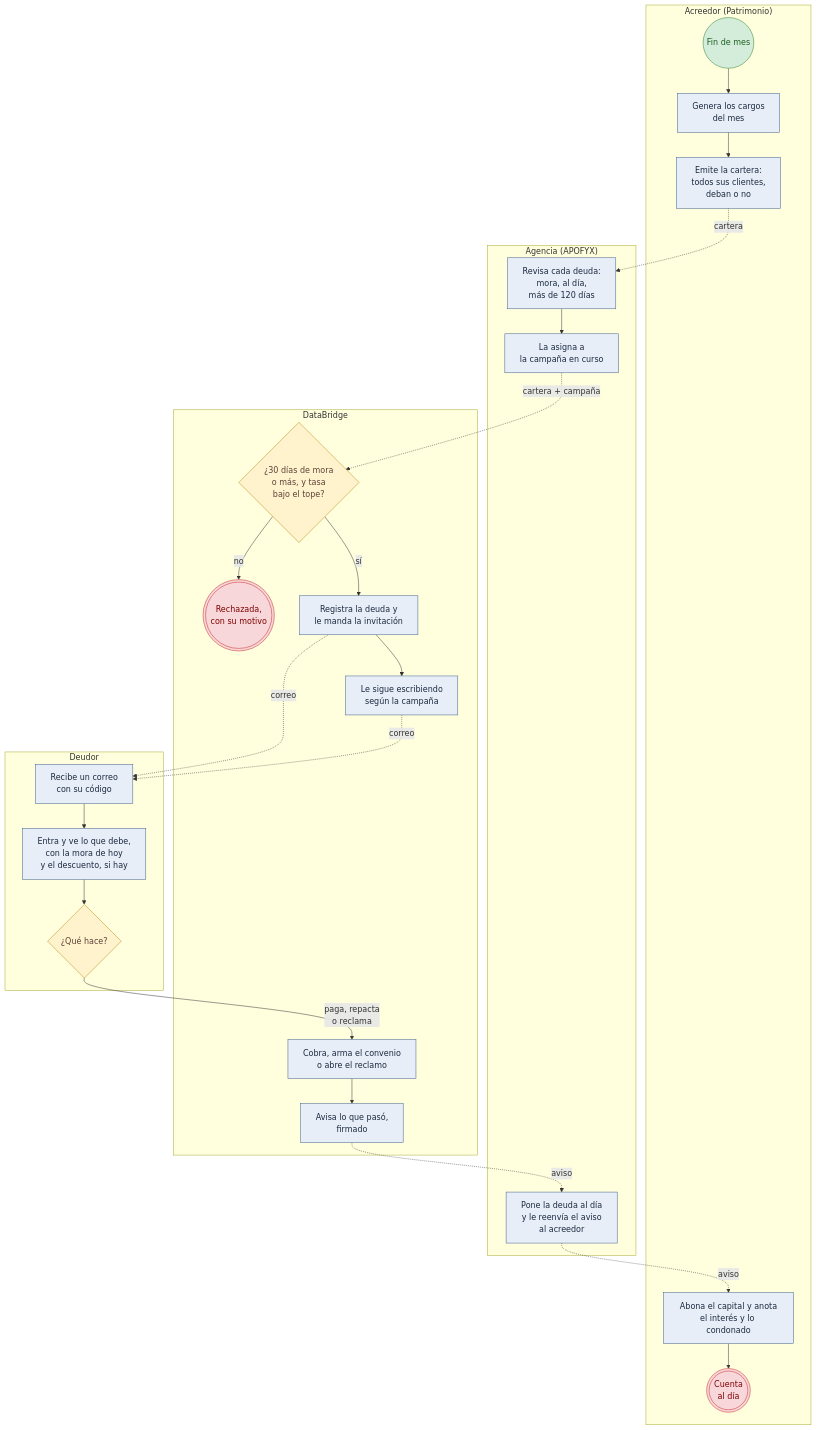
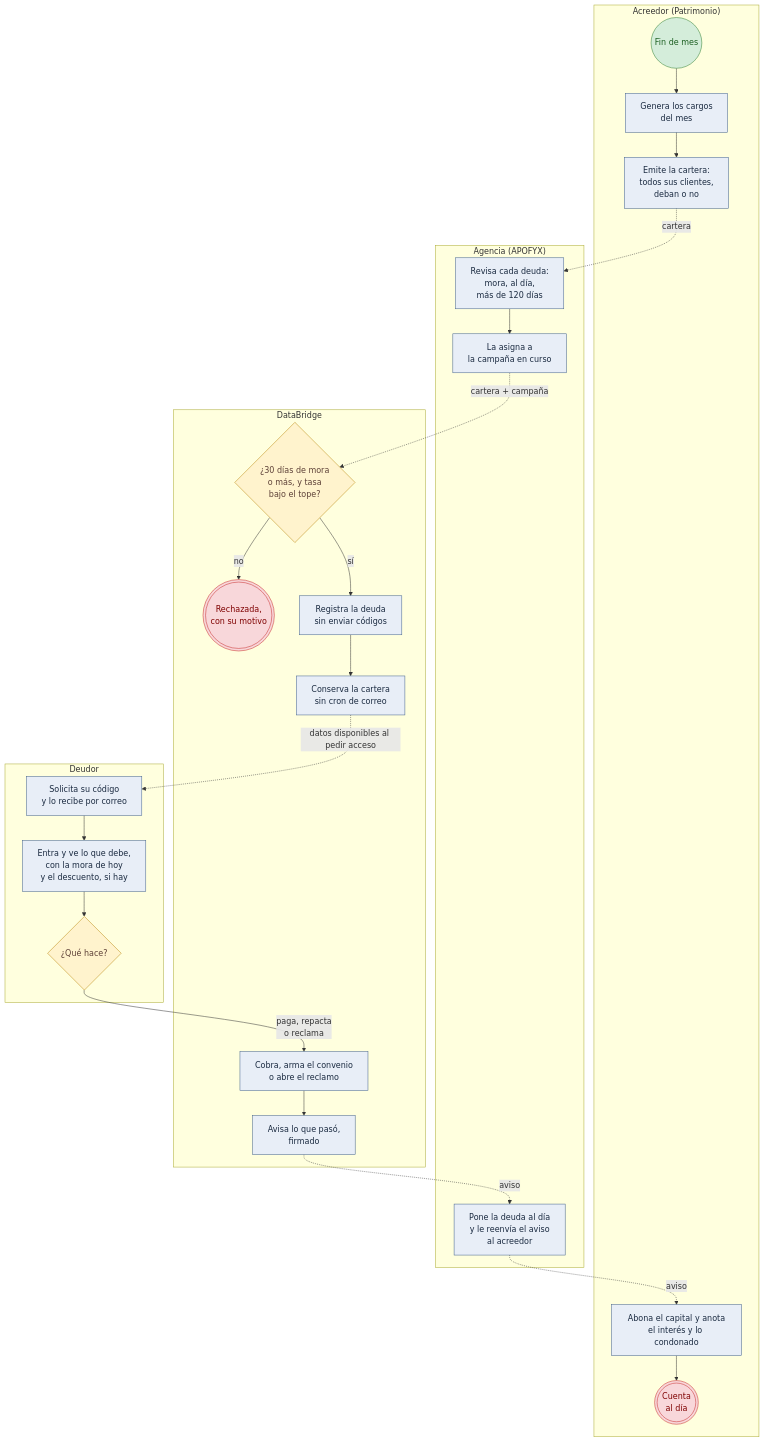
The first of 4 diagrams in docs/diagramas/procesos.md (TechnicalBridge/DataBridge), drawn with Mermaid before and after one commit. The commit also changed other lines of this file and 63 other files, not shown here.

````diff
--- a/docs/diagramas/procesos.md
+++ b/docs/diagramas/procesos.md
@@ -20,36 +20,35 @@
 ```mermaid
 flowchart TB
     classDef inicio fill:#d4edda,stroke:#2e7d32,color:#1b5e20
     classDef fin fill:#f8d7da,stroke:#c62828,color:#7f0000
     classDef decision fill:#fff3cd,stroke:#b8860b,color:#5d4037
     classDef tarea fill:#e8eef7,stroke:#3f5f8a,color:#1a2a40
 
     subgraph PAT["Acreedor (Patrimonio)"]
         P0(("Fin de mes")):::inicio --> P1["Genera los cargos<br/>del mes"]:::tarea --> P2["Emite la cartera:<br/>todos sus clientes,<br/>deban o no"]:::tarea
         P9["Abona el capital y anota<br/>el interés y lo condonado"]:::tarea --> P10((("Cuenta<br/>al día"))):::fin
     end
 
     subgraph APX["Agencia (APOFYX)"]
         A1["Revisa cada deuda:<br/>mora, al día,<br/>más de 120 días"]:::tarea --> A2["La asigna a<br/>la campaña en curso"]:::tarea
         A8["Pone la deuda al día<br/>y le reenvía el aviso<br/>al acreedor"]:::tarea
     end
 
     subgraph DB["DataBridge"]
         D1{"¿30 días de mora<br/>o más, y tasa<br/>bajo el tope?"}:::decision
         D1 -->|no| DX((("Rechazada,<br/>con su motivo"))):::fin
-        D1 -->|sí| D2["Registra la deuda y<br/>le manda la invitación"]:::tarea --> D3["Le sigue escribiendo<br/>según la campaña"]:::tarea
+        D1 -->|sí| D2["Registra la deuda<br/>sin enviar códigos"]:::tarea --> D3["Conserva la cartera<br/>sin cron de correo"]:::tarea
         D5["Cobra, arma el convenio<br/>o abre el reclamo"]:::tarea --> D6["Avisa lo que pasó,<br/>firmado"]:::tarea
     end
 
     subgraph DEU["Deudor"]
-        U1["Recibe un correo<br/>con su código"]:::tarea --> U2["Entra y ve lo que debe,<br/>con la mora de hoy<br/>y el descuento, si hay"]:::tarea --> U3{"¿Qué hace?"}:::decision
+        U1["Solicita su código<br/>y lo recibe por correo"]:::tarea --> U2["Entra y ve lo que debe,<br/>con la mora de hoy<br/>y el descuento, si hay"]:::tarea --> U3{"¿Qué hace?"}:::decision
     end
 
     P2 -. "cartera" .-> A1
     A2 -. "cartera + campaña" .-> D1
-    D2 -. "correo" .-> U1
-    D3 -. "correo" .-> U1
+    D3 -. "datos disponibles al pedir acceso" .-> U1
     U3 -->|"paga, repacta<br/>o reclama"| D5
     D6 -. "aviso" .-> A8
     A8 -. "aviso" .-> P9
 ```
````
